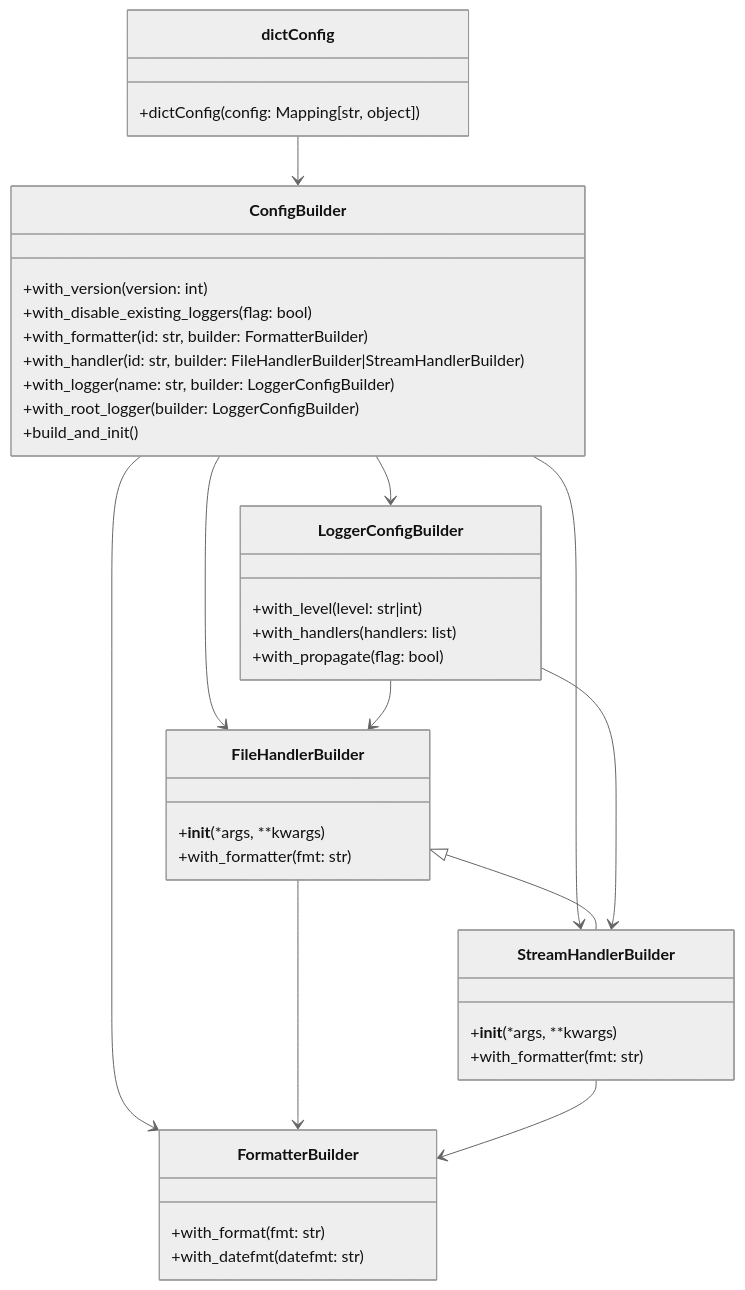
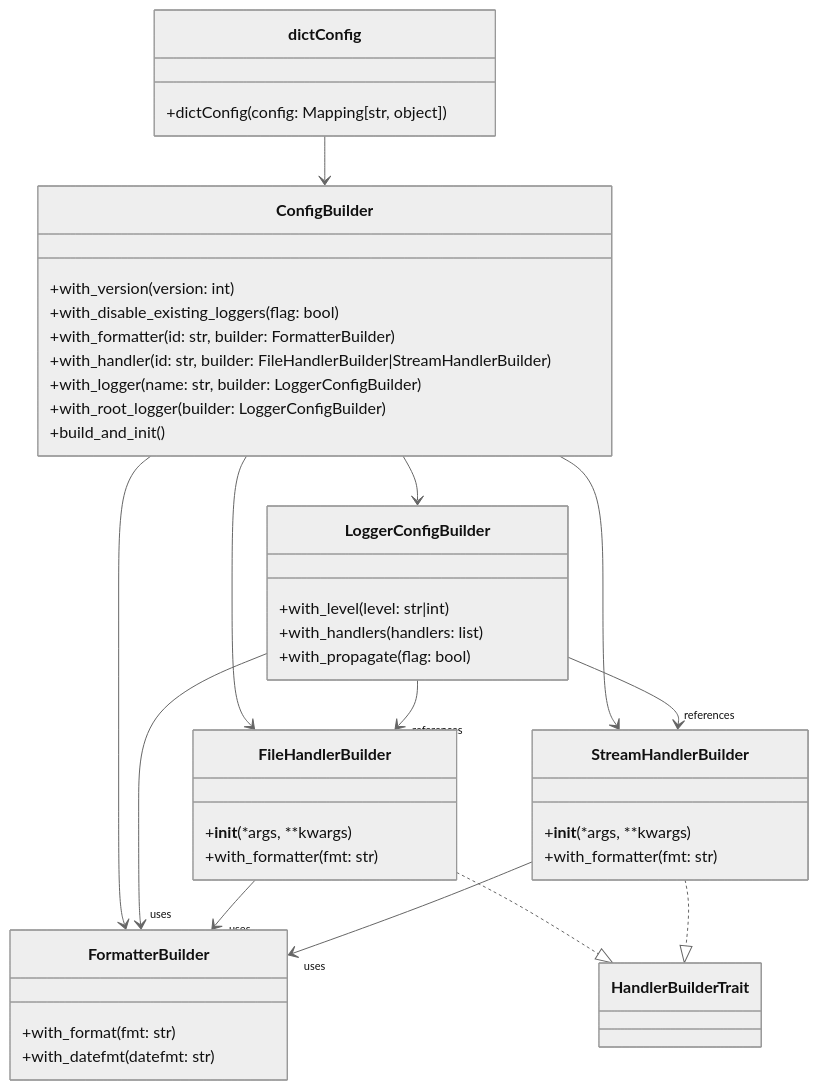
Before and after one commit to leynos/femtologging: the first of 2 diagrams in docs/configuration-design.md, drawn with Mermaid (neutral theme). The commit also changed other lines of this file and 2 other files, not shown here.

Commit message:
Document dictConfig API

````diff
--- a/docs/configuration-design.md
+++ b/docs/configuration-design.md
@@ -342,42 +342,45 @@
 ```mermaid
 classDiagram
     class ConfigBuilder {
         +with_version(version: int)
         +with_disable_existing_loggers(flag: bool)
         +with_formatter(id: str, builder: FormatterBuilder)
         +with_handler(id: str, builder: FileHandlerBuilder|StreamHandlerBuilder)
         +with_logger(name: str, builder: LoggerConfigBuilder)
         +with_root_logger(builder: LoggerConfigBuilder)
         +build_and_init()
     }
     class FormatterBuilder {
         +with_format(fmt: str)
         +with_datefmt(datefmt: str)
     }
     class FileHandlerBuilder {
         +__init__(*args, **kwargs)
         +with_formatter(fmt: str)
     }
     class StreamHandlerBuilder {
         +__init__(*args, **kwargs)
         +with_formatter(fmt: str)
     }
     class LoggerConfigBuilder {
         +with_level(level: str|int)
         +with_handlers(handlers: list)
         +with_propagate(flag: bool)
     }
     class dictConfig {
         +dictConfig(config: Mapping[str, object])
     }
     dictConfig --> ConfigBuilder
     ConfigBuilder --> FormatterBuilder
     ConfigBuilder --> FileHandlerBuilder
     ConfigBuilder --> StreamHandlerBuilder
     ConfigBuilder --> LoggerConfigBuilder
-    FileHandlerBuilder <|-- StreamHandlerBuilder
-    LoggerConfigBuilder --> FileHandlerBuilder
-    LoggerConfigBuilder --> StreamHandlerBuilder
-    FileHandlerBuilder --> FormatterBuilder
-    StreamHandlerBuilder --> FormatterBuilder
+    class HandlerBuilderTrait
+    FileHandlerBuilder ..|> HandlerBuilderTrait
+    StreamHandlerBuilder ..|> HandlerBuilderTrait
+    LoggerConfigBuilder --> "uses" FormatterBuilder
+    LoggerConfigBuilder --> "references" FileHandlerBuilder
+    LoggerConfigBuilder --> "references" StreamHandlerBuilder
+    FileHandlerBuilder --> "uses" FormatterBuilder
+    StreamHandlerBuilder --> "uses" FormatterBuilder
 ```
````
